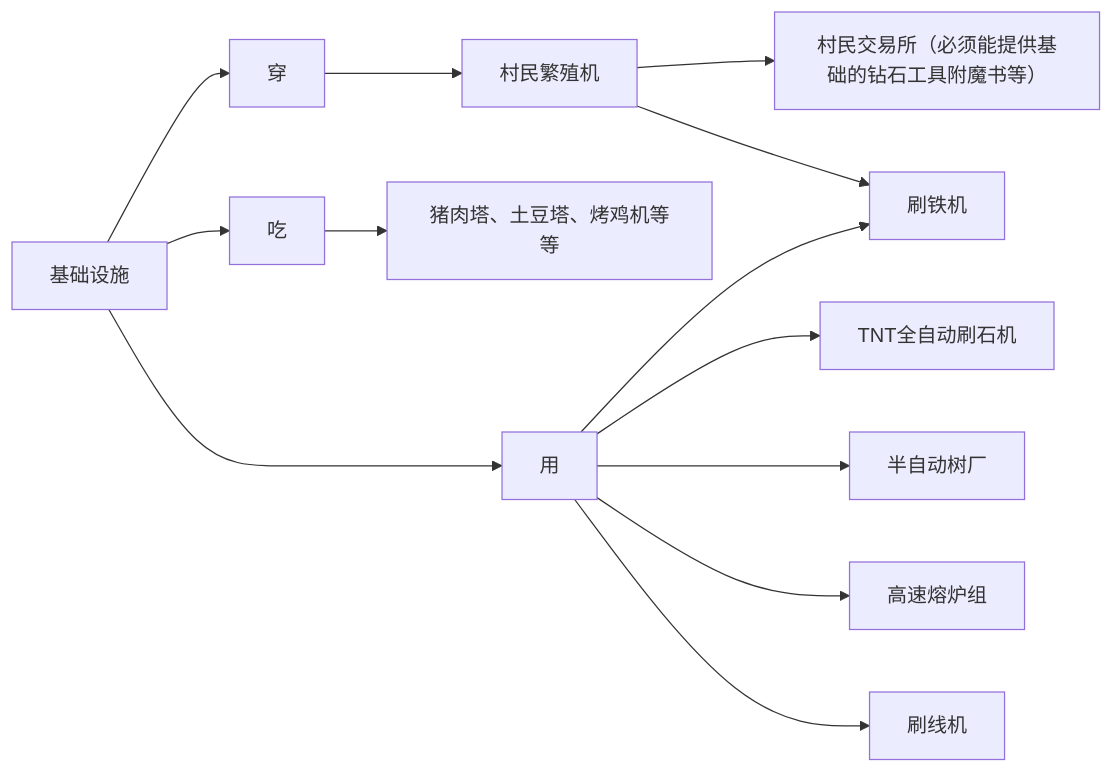
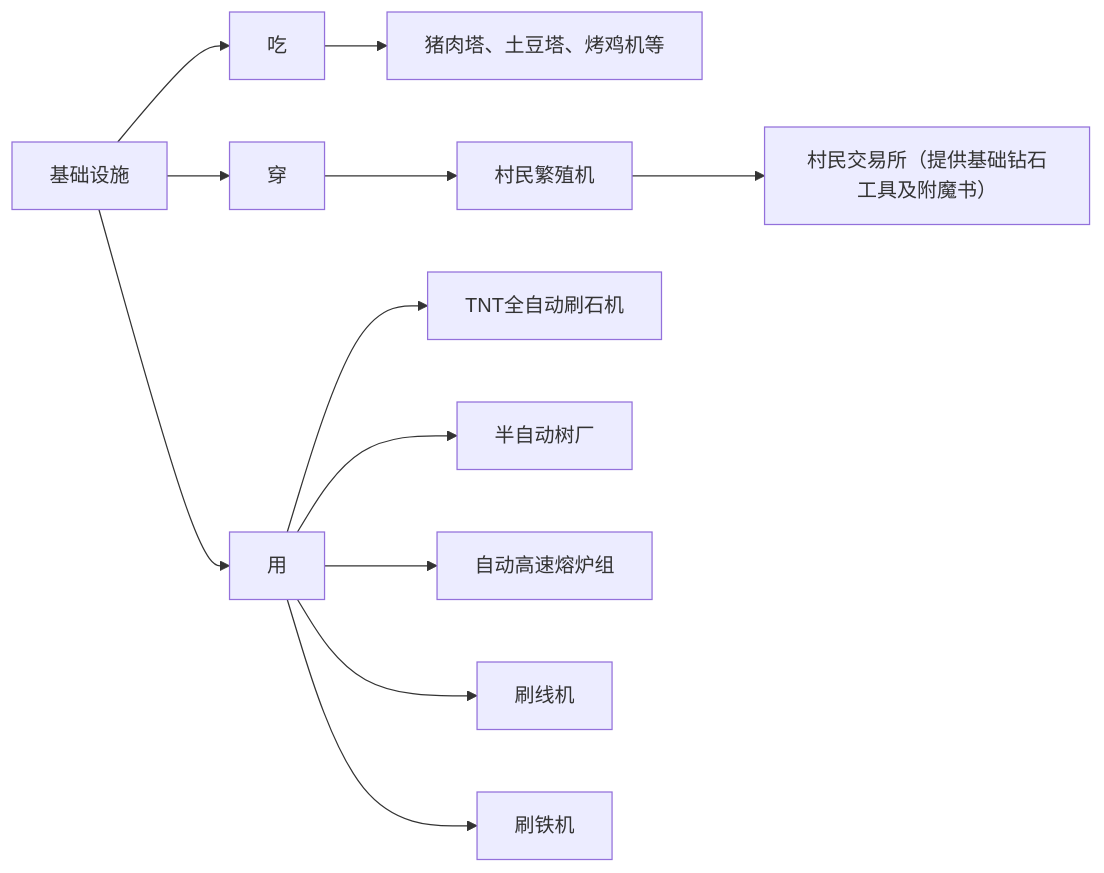
Before and after one commit to Xavier-MC/docs: the first of 2 diagrams in Xavier/Rule/team.md, drawn with Mermaid. The commit also changed other lines of this file and 4 other files, not shown here.

````diff
--- a/Xavier/Rule/team.md
+++ b/Xavier/Rule/team.md
@@ -35,15 +42,14 @@
 ```mermaid
 graph LR
-    A[基础设施]--> B[吃]
-    A--> C[穿]
-    A--> D[用]
-    B--> E[猪肉塔、土豆塔、烤鸡机等等]
+    A[基础设施] --> B[吃]
+    A --> C[穿]
+    A --> D[用]
+    B --> E[猪肉塔、土豆塔、烤鸡机等]
     C --> C1[村民繁殖机]
-    C1 --> C2[村民交易所（必须能提供基础的钻石工具附魔书等）]
-    D -->D1[TNT全自动刷石机]
+    C1 --> C2[村民交易所（提供基础钻石工具及附魔书）]
+    D --> D1[TNT全自动刷石机]
     D --> D2[半自动树厂]
-    D --> D3[高速熔炉组]
+    D --> D3[自动高速熔炉组]
     D --> D4[刷线机]
-    C1 -->D6
     D --> D6[刷铁机]
 ```
````
